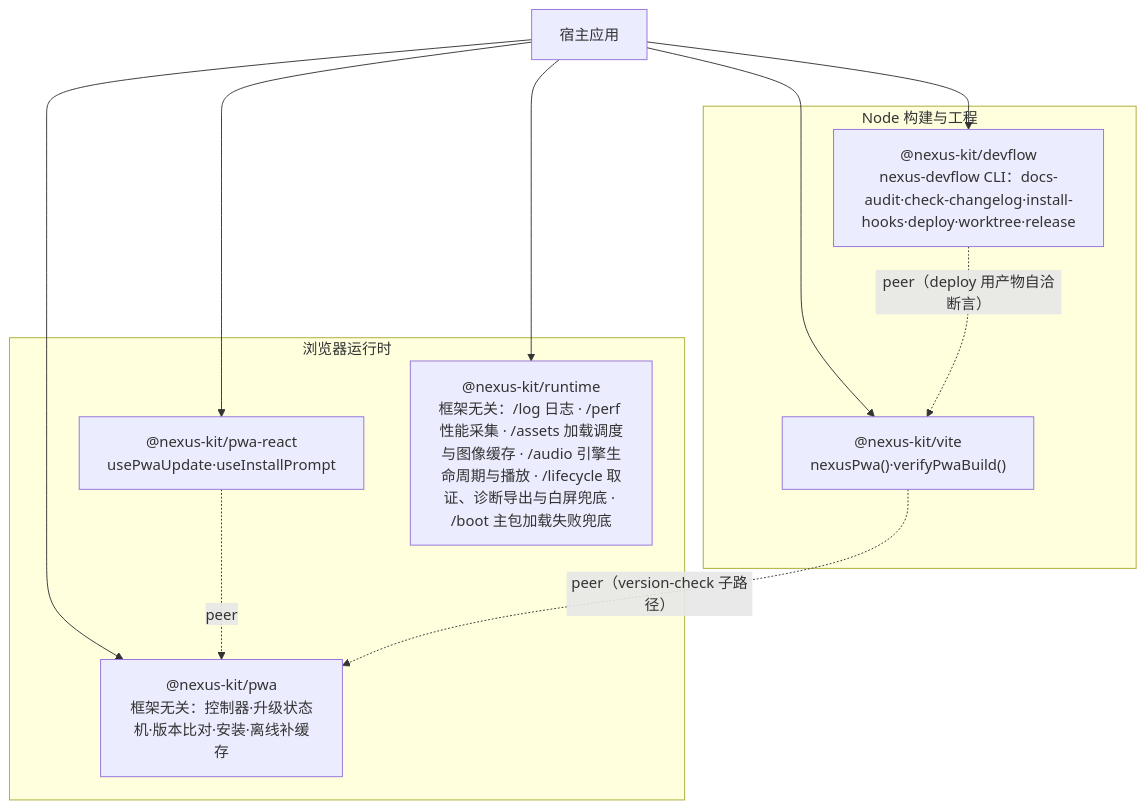
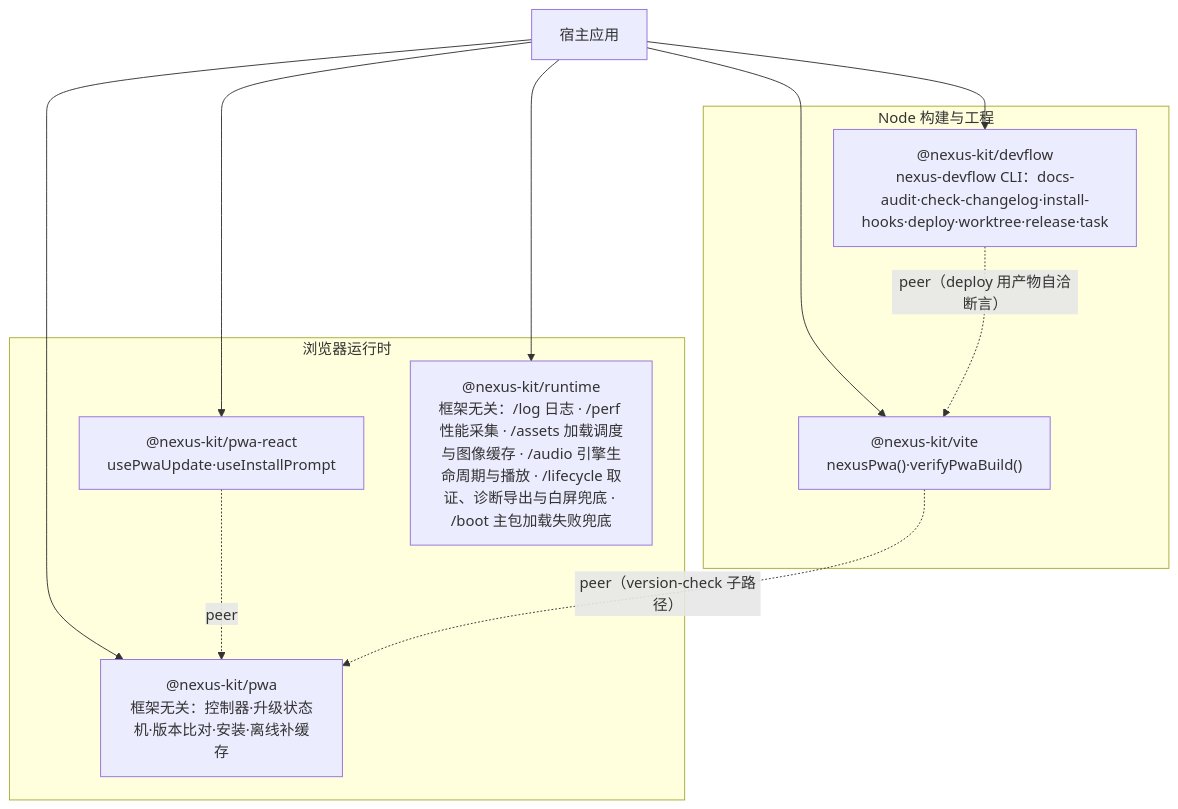
Before and after one commit to iazrael/nexus-kit: the first of 3 diagrams in docs/架构算法/总览.md, drawn with Mermaid. The commit also changed other lines of this file and 47 other files, not shown here.

````diff
--- a/docs/架构算法/总览.md
+++ b/docs/架构算法/总览.md
@@ -7,16 +7,16 @@
 ```mermaid
 flowchart TB
   subgraph 浏览器运行时
     PWA["@nexus-kit/pwa<br/>框架无关：控制器·升级状态机·版本比对·安装·离线补缓存"]
     PR["@nexus-kit/pwa-react<br/>usePwaUpdate·useInstallPrompt"]
     RT["@nexus-kit/runtime<br/>框架无关：/log 日志 · /perf 性能采集 · /assets 加载调度与图像缓存 · /audio 引擎生命周期与播放 · /lifecycle 取证、诊断导出与白屏兜底 · /boot 主包加载失败兜底"]
   end
   subgraph Node 构建与工程
     VITE["@nexus-kit/vite<br/>nexusPwa()·verifyPwaBuild()"]
-    DF["@nexus-kit/devflow<br/>nexus-devflow CLI：docs-audit·check-changelog·install-hooks·deploy·worktree·release"]
+    DF["@nexus-kit/devflow<br/>nexus-devflow CLI：docs-audit·check-changelog·install-hooks·deploy·worktree·release·task"]
   end
   PR -. peer .-> PWA
   VITE -. "peer（version-check 子路径）" .-> PWA
   DF -. "peer（deploy 用产物自洽断言）" .-> VITE
   APP[宿主应用] --> PWA & PR & RT & VITE & DF
 ```
````
